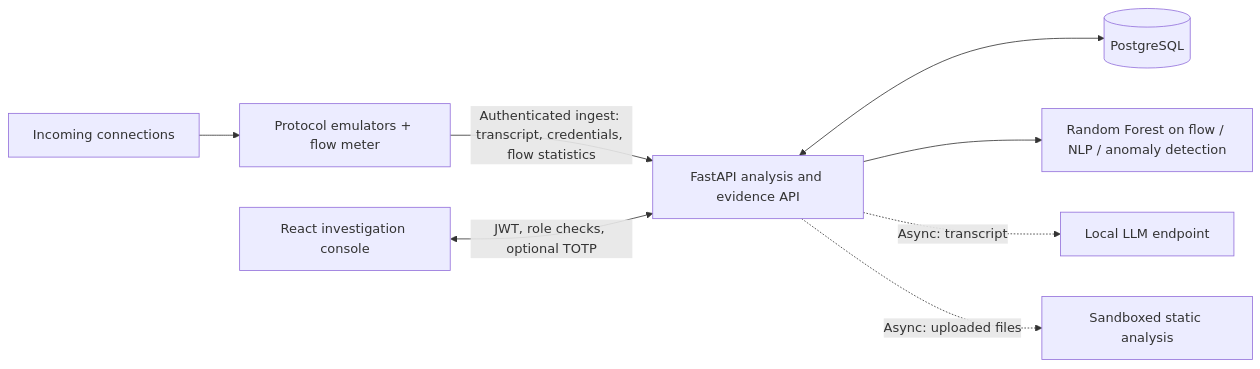
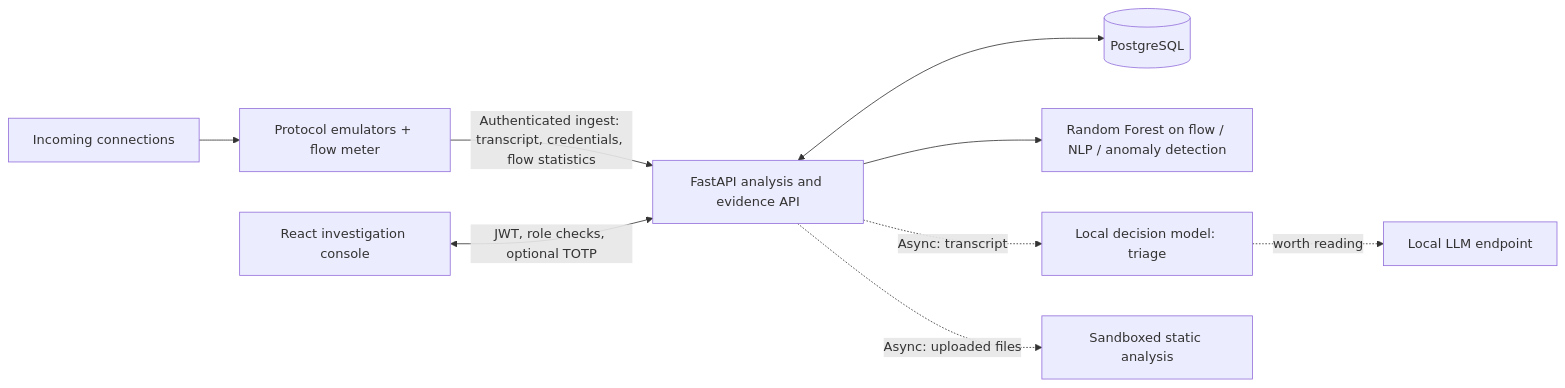
Before and after one commit to mandoof1/honeypot-ui: the second of 2 diagrams in README.md, drawn with Mermaid. The commit also changed other lines of this file and 5 other files, not shown here.

First line of the commit message:
deploy: decider service for the decision model

````diff
--- a/README.md
+++ b/README.md
@@ -215,10 +215,11 @@
 ```mermaid
 flowchart LR
     Traffic[Incoming connections] --> Engine[Protocol emulators + flow meter]
     Engine -->|Authenticated ingest: transcript, credentials, flow statistics| API[FastAPI analysis and evidence API]
     API <--> DB[(PostgreSQL)]
     UI[React investigation console] <-->|JWT, role checks, optional TOTP| API
     API --> Analysis[Random Forest on flow / NLP / anomaly detection]
-    API -. Async: transcript .-> LLM[Local LLM endpoint]
+    API -. Async: transcript .-> Decider[Local decision model: triage]
+    Decider -. worth reading .-> LLM[Local LLM endpoint]
     API -. Async: uploaded files .-> Payload[Sandboxed static analysis]
 ```
````
